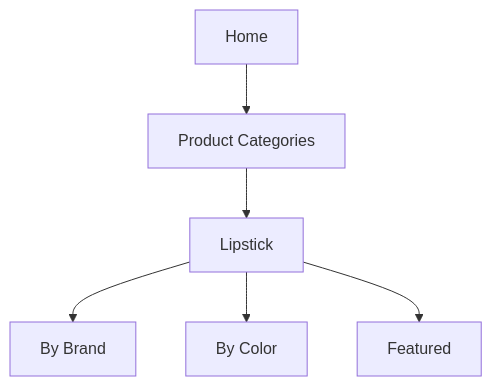
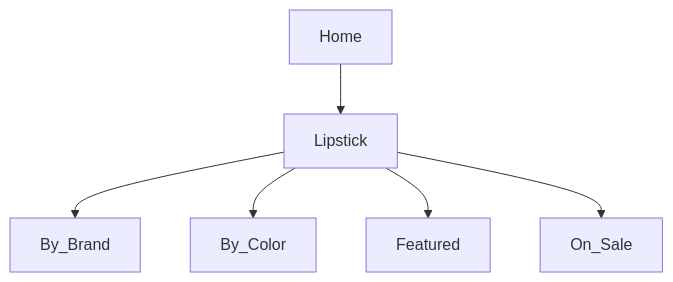
One commit to misterfitzy/false-eyelash-store changed the diagram in specs/product-spec.md. Above: the diagram before and after it, drawn with Mermaid. The commit also changed other lines of this file, not shown here.

Commit message:
Update lipstick feature specification: filtering, variant support, admin, UI/UX, data model (2026-04-27)

````diff
--- a/specs/product-spec.md
+++ b/specs/product-spec.md
@@ -23,8 +33,8 @@
 ```mermaid
 graph TD
-  Home --> Category[Product Categories]
-  Category --> Lipstick
-  Lipstick --> LB[By Brand]
-  Lipstick --> LC[By Color]
-  Lipstick --> LF[Featured]
+    Home --> Lipstick
+    Lipstick --> By_Brand
+    Lipstick --> By_Color
+    Lipstick --> Featured
+    Lipstick --> On_Sale
 ```
````
